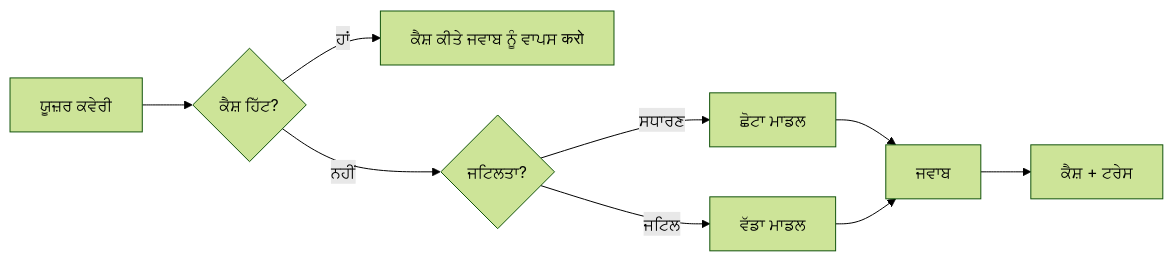
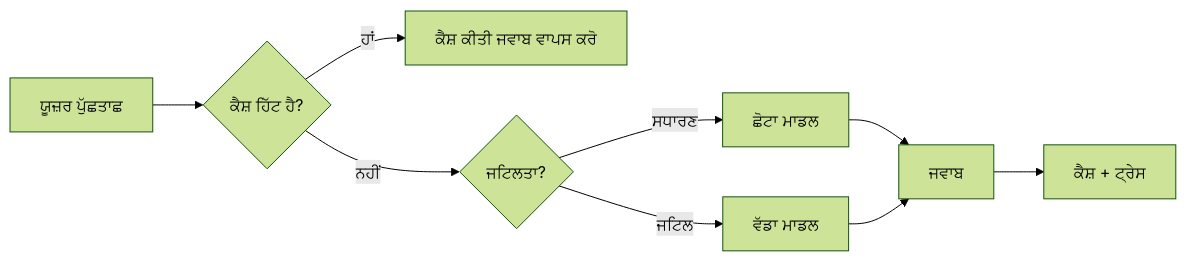
One commit to gabrielmoreira/agent-skills-mirror changed the third of 4 diagrams in mirrors/repos/microsoft@ai-agents-for-beginners/translations/pa/16-deploying-scalable-agents/README.md. Above: the diagram before and after it, drawn with Mermaid (forest theme). The commit also changed other lines of this file and 3581 other files, not shown here.

````diff
--- a/mirrors/repos/microsoft@ai-agents-for-beginners/translations/pa/16-deploying-scalable-agents/README.md
+++ b/mirrors/repos/microsoft@ai-agents-for-beginners/translations/pa/16-deploying-scalable-agents/README.md
@@ -134,11 +134,11 @@
 ```mermaid
 flowchart LR
-    Q[ਯੂਜ਼ਰ ਕਵੇਰੀ] --> C{ਕੈਸ਼ ਹਿੱਟ?}
-    C -->|ਹਾਂ| R[ਕੈਸ਼ ਕੀਤੇ ਜਵਾਬ ਨੂੰ ਵਾਪਸ करो]
+    Q[ਯੂਜ਼ਰ ਪੁੱਛਤਾਛ] --> C{ਕੈਸ਼ ਹਿੱਟ ਹੈ?}
+    C -->|ਹਾਂ| R[ਕੈਸ਼ ਕੀਤੀ ਜਵਾਬ ਵਾਪਸ ਕਰੋ]
     C -->|ਨਹੀਂ| Router{ਜਟਿਲਤਾ?}
     Router -->|ਸਧਾਰਣ| SLM[ਛੋਟਾ ਮਾਡਲ]
     Router -->|ਜਟਿਲ| LLM[ਵੱਡਾ ਮਾਡਲ]
     SLM --> Out[ਜਵਾਬ]
     LLM --> Out
-    Out --> Store[ਕੈਸ਼ + ਟਰੇਸ]
+    Out --> Store[ਕੈਸ਼ + ਟ੍ਰੇਸ]
 ```
````
